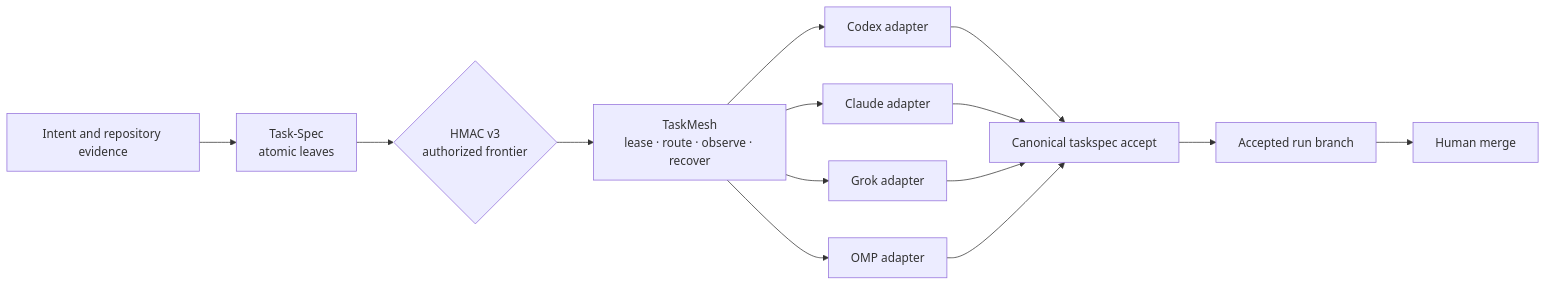
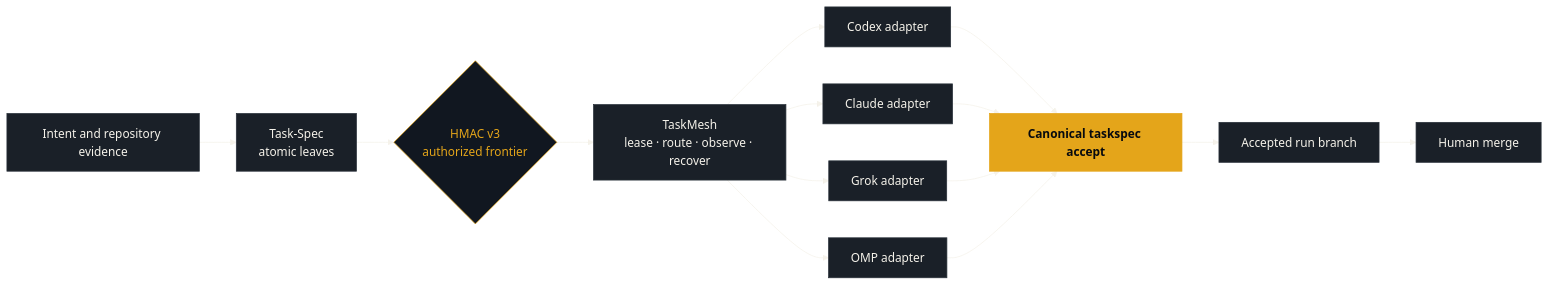
One commit to luanmorenommaciel/task-spec changed the fifth of 5 diagrams in README.md. Above: the diagram before and after it, drawn with Mermaid. The commit also changed other lines of this file and 16 other files, not shown here.

````diff
--- a/README.md
+++ b/README.md
@@ -486,16 +581,23 @@
 ```mermaid
+%%{init: {'theme': 'base', 'themeVariables': { 'background': '#070A0F', 'primaryColor': '#1a2028', 'primaryTextColor': '#F5F2EA', 'primaryBorderColor': '#29313A', 'lineColor': '#F5F2EA'}}}%%
 flowchart LR
     Intent["Intent and repository evidence"] --> Spec["Task-Spec<br/>atomic leaves"]
     Spec --> Gate{"HMAC v3<br/>authorized frontier"}
     Gate --> Mesh["TaskMesh<br/>lease · route · observe · recover"]
     Mesh --> Codex["Codex adapter"]
     Mesh --> Claude["Claude adapter"]
     Mesh --> Grok["Grok adapter"]
     Mesh --> OMP["OMP adapter"]
     Codex --> Accept["Canonical taskspec accept"]
     Claude --> Accept
     Grok --> Accept
     OMP --> Accept
     Accept --> RunBranch["Accepted run branch"]
     RunBranch --> Human["Human merge"]
+    
+    classDef default fill:#1a2028,stroke:#29313A,color:#F5F2EA
+    classDef gate fill:#111720,stroke:#E4A51A,color:#E4A51A
+    classDef accepted fill:#E4A51A,stroke:#E4A51A,color:#070A0F,font-weight:bold
+    class Gate gate
+    class Accept accepted
 ```
````
